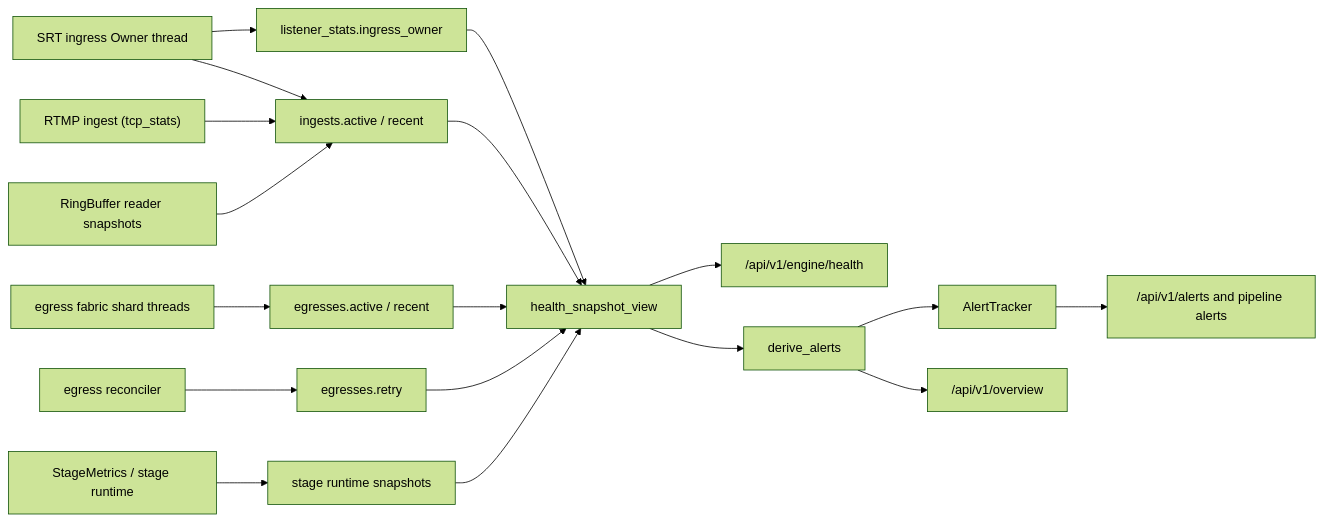
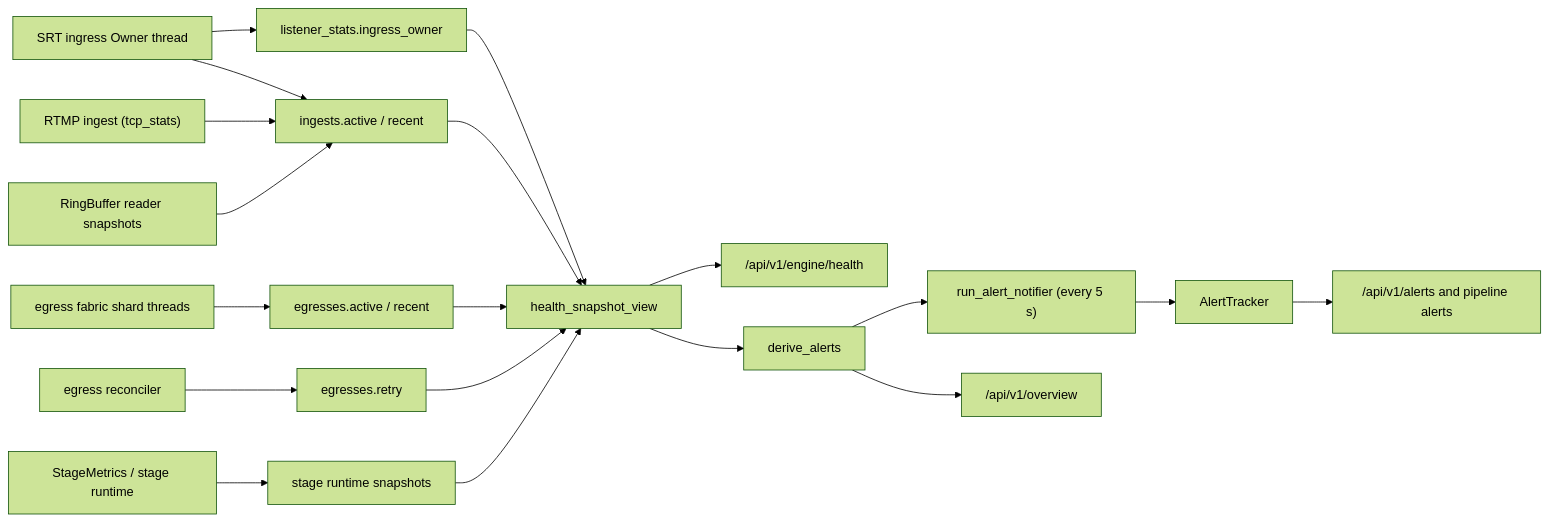
The first of 3 diagrams in docs/observability.md (krsna1729/restream), drawn with Mermaid (forest theme) before and after one commit. The commit also changed other lines of this file and 7 other files, not shown here.

````diff
--- a/docs/observability.md
+++ b/docs/observability.md
@@ -61,20 +61,20 @@
 ```mermaid
 flowchart LR
     Srt["SRT ingress Owner thread"] --> Listener["listener_stats.ingress_owner"]
     Rtmp["RTMP ingest (tcp_stats)"] --> Ingests["ingests.active / recent"]
     Srt --> Ingests
     Ring["RingBuffer reader snapshots"] --> Ingests
     Shards["egress fabric shard threads"] --> Egresses["egresses.active / recent"]
     Reconciler["egress reconciler"] --> Retry["egresses.retry"]
     Stages["StageMetrics / stage runtime"] --> StageSnap["stage runtime snapshots"]
     Listener --> View["health_snapshot_view"]
     Ingests --> View
     Egresses --> View
     Retry --> View
     StageSnap --> View
     View --> Health["/api/v1/engine/health"]
     View --> Derive["derive_alerts"]
-    Derive --> Tracker["AlertTracker"]
+    Derive --> Notifier["run_alert_notifier (every 5 s)"] --> Tracker["AlertTracker"]
     Tracker --> Alerts["/api/v1/alerts and pipeline alerts"]
     Derive --> Overview["/api/v1/overview"]
 ```
````
